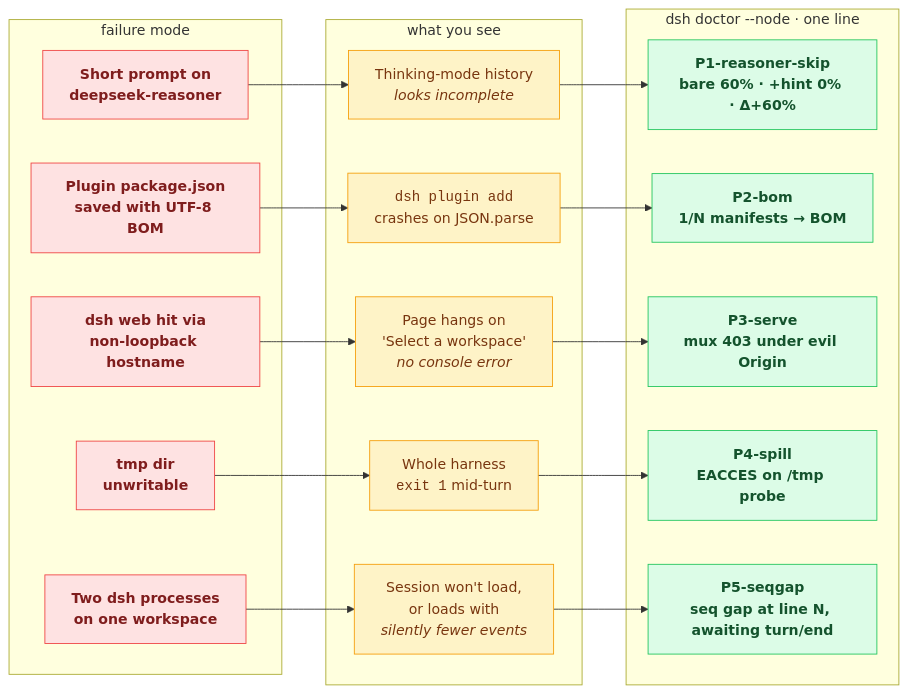
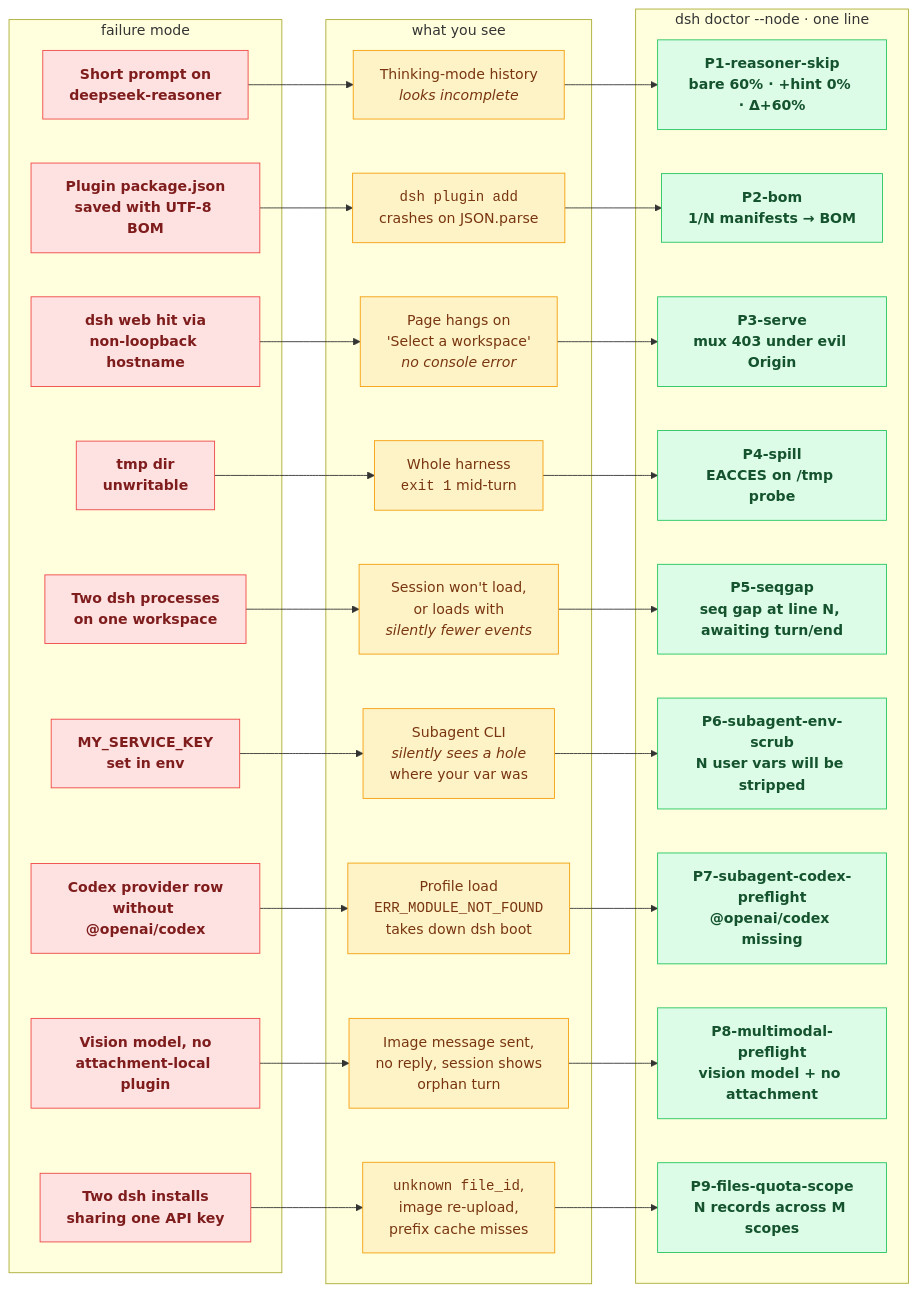
The first of 7 diagrams in README.md (HenryZ838978/deepseek-harness), drawn with Mermaid before and after one commit. The commit also changed other lines of this file and 1 other file, not shown here.

Commit message:
docs(readme): V4-Flash-Vision-Exp subtitle + 9-probe table + dsh doctor badge
- Subtitle: Protocol-aware adapters for DeepSeek V4-Pro, V4-Flash, and
  V4-Flash-Vision-Exp.
- New pypi/cli + dsh doctor --node badges (9 probes).
- Mermaid map expanded from 5 to 9 rows (P6/P7/P8/P9 added).
- Pitch table expanded to 9 rows with concrete "what you see" for the
  four rc.8/rc.2 additions (env-scrub, codex preflight, multimodal,
  files-quota-scope).
- Multimodal contract link (spec/07) in the tagline.

zh-CN kept in sync.

````diff
--- a/README.md
+++ b/README.md
@@ -40,52 +42,80 @@
 ```mermaid
 flowchart LR
     classDef fail  fill:#fee2e2,stroke:#ef4444,color:#7f1d1d,font-weight:bold
     classDef sym   fill:#fef3c7,stroke:#f59e0b,color:#78350f
     classDef fix   fill:#dcfce7,stroke:#22c55e,color:#14532d,font-weight:bold
 
     F1["Short prompt on<br/>deepseek-reasoner"]:::fail
     F2["Plugin package.json<br/>saved with UTF-8 BOM"]:::fail
     F3["dsh web hit via<br/>non-loopback hostname"]:::fail
     F4["tmp dir<br/>unwritable"]:::fail
     F5["Two dsh processes<br/>on one workspace"]:::fail
+    F6["MY_SERVICE_KEY<br/>set in env"]:::fail
+    F7["Codex provider row<br/>without @openai/codex"]:::fail
+    F8["Vision model, no<br/>attachment-local plugin"]:::fail
+    F9["Two dsh installs<br/>sharing one API key"]:::fail
 
     S1["Thinking-mode history<br/><i>looks incomplete</i>"]:::sym
     S2["<code>dsh plugin add</code><br/>crashes on JSON.parse"]:::sym
     S3["Page hangs on<br/>'Select a workspace'<br/><i>no console error</i>"]:::sym
     S4["Whole harness<br/><code>exit 1</code> mid-turn"]:::sym
     S5["Session won't load,<br/>or loads with<br/><i>silently fewer events</i>"]:::sym
+    S6["Subagent CLI<br/><i>silently sees a hole</i><br/>where your var was"]:::sym
+    S7["Profile load<br/><code>ERR_MODULE_NOT_FOUND</code><br/>takes down dsh boot"]:::sym
+    S8["Image message sent,<br/>no reply, session shows<br/>orphan turn"]:::sym
+    S9["<code>unknown file_id</code>,<br/>image re-upload,<br/>prefix cache misses"]:::sym
 
     D1["<b>P1-reasoner-skip</b><br/>bare 60% · +hint 0% · Δ+60%"]:::fix
     D2["<b>P2-bom</b><br/>1/N manifests → BOM"]:::fix
     D3["<b>P3-serve</b><br/>mux 403 under evil Origin"]:::fix
     D4["<b>P4-spill</b><br/>EACCES on /tmp probe"]:::fix
     D5["<b>P5-seqgap</b><br/>seq gap at line N, awaiting turn/end"]:::fix
+    D6["<b>P6-subagent-env-scrub</b><br/>N user vars will be stripped"]:::fix
+    D7["<b>P7-subagent-codex-preflight</b><br/>@openai/codex missing"]:::fix
+    D8["<b>P8-multimodal-preflight</b><br/>vision model + no attachment"]:::fix
+    D9["<b>P9-files-quota-scope</b><br/>N records across M scopes"]:::fix
 
     F1 --> S1 --> D1
     F2 --> S2 --> D2
     F3 --> S3 --> D3
     F4 --> S4 --> D4
     F5 --> S5 --> D5
+    F6 --> S6 --> D6
+    F7 --> S7 --> D7
+    F8 --> S8 --> D8
+    F9 --> S9 --> D9
 
     subgraph L1["failure mode"]
       F1
       F2
       F3
       F4
       F5
+      F6
+      F7
+      F8
+      F9
     end
     subgraph L2["what you see"]
       S1
       S2
       S3
       S4
       S5
+      S6
+      S7
+      S8
+      S9
     end
     subgraph L3["dsh doctor --node · one line"]
       D1
       D2
       D3
       D4
       D5
+      D6
+      D7
+      D8
+      D9
     end
 ```
````
